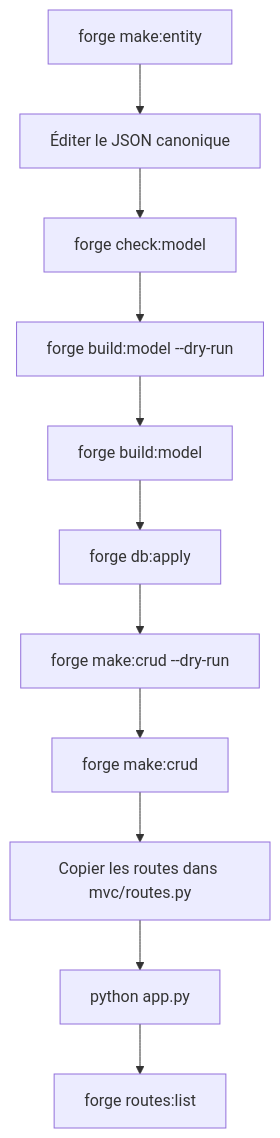
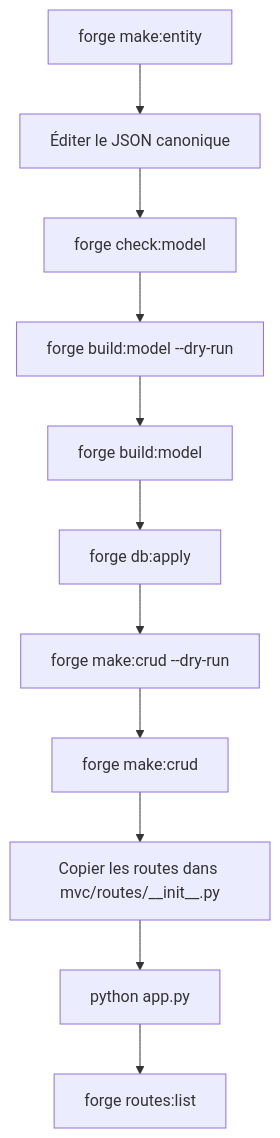
One commit to caucrogeGit/Forge changed the second of 2 diagrams in docs/guide/guide.md. Above: the diagram before and after it, drawn with Mermaid. The commit also changed other lines of this file and 50 other files, not shown here.

First line of the commit message:
docs: migrer les références mvc/routes.py vers mvc/routes/__init__.py (ADR-068)

````diff
--- a/docs/guide/guide.md
+++ b/docs/guide/guide.md
@@ -310,13 +310,13 @@
 ```mermaid
 flowchart TD
     A["forge make:entity"] --> B["Éditer le JSON canonique"]
     B --> C["forge check:model"]
     C --> D["forge build:model --dry-run"]
     D --> E["forge build:model"]
     E --> F["forge db:apply"]
     F --> G["forge make:crud --dry-run"]
     G --> H["forge make:crud"]
-    H --> I["Copier les routes dans mvc/routes.py"]
+    H --> I["Copier les routes dans mvc/routes/__init__.py"]
     I --> J["python app.py"]
     J --> K["forge routes:list"]
 ```
````
